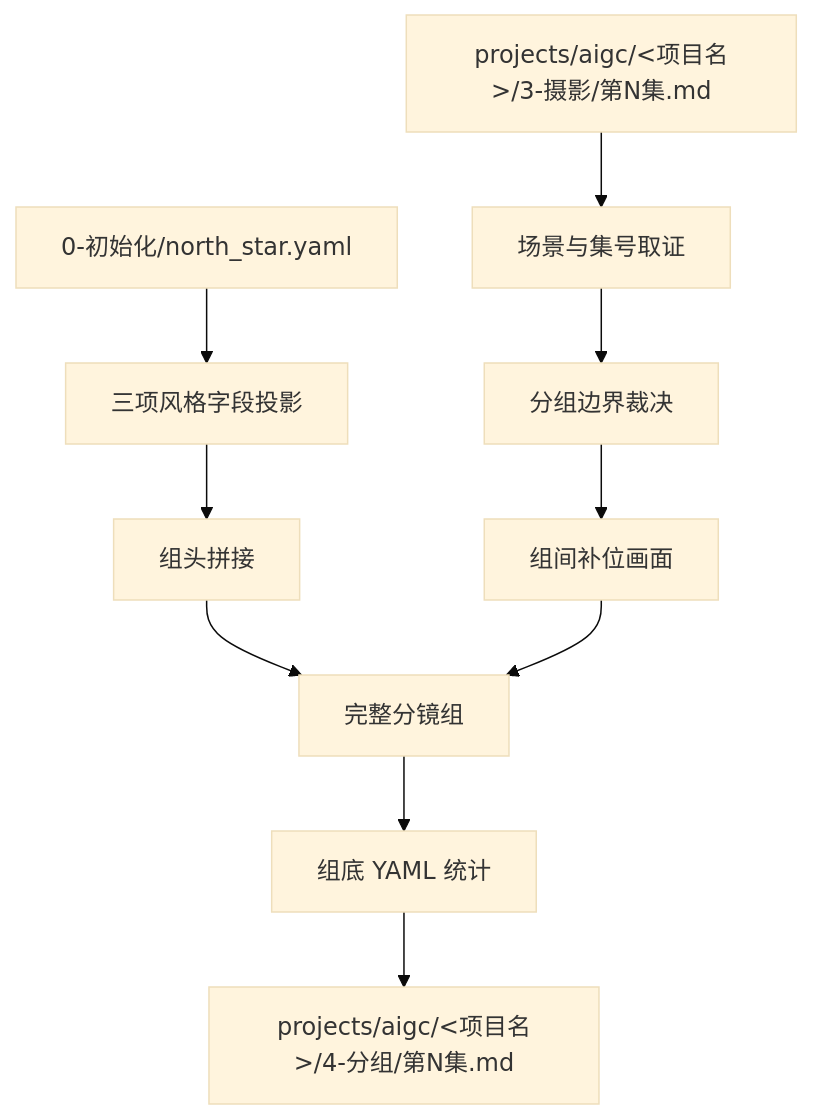
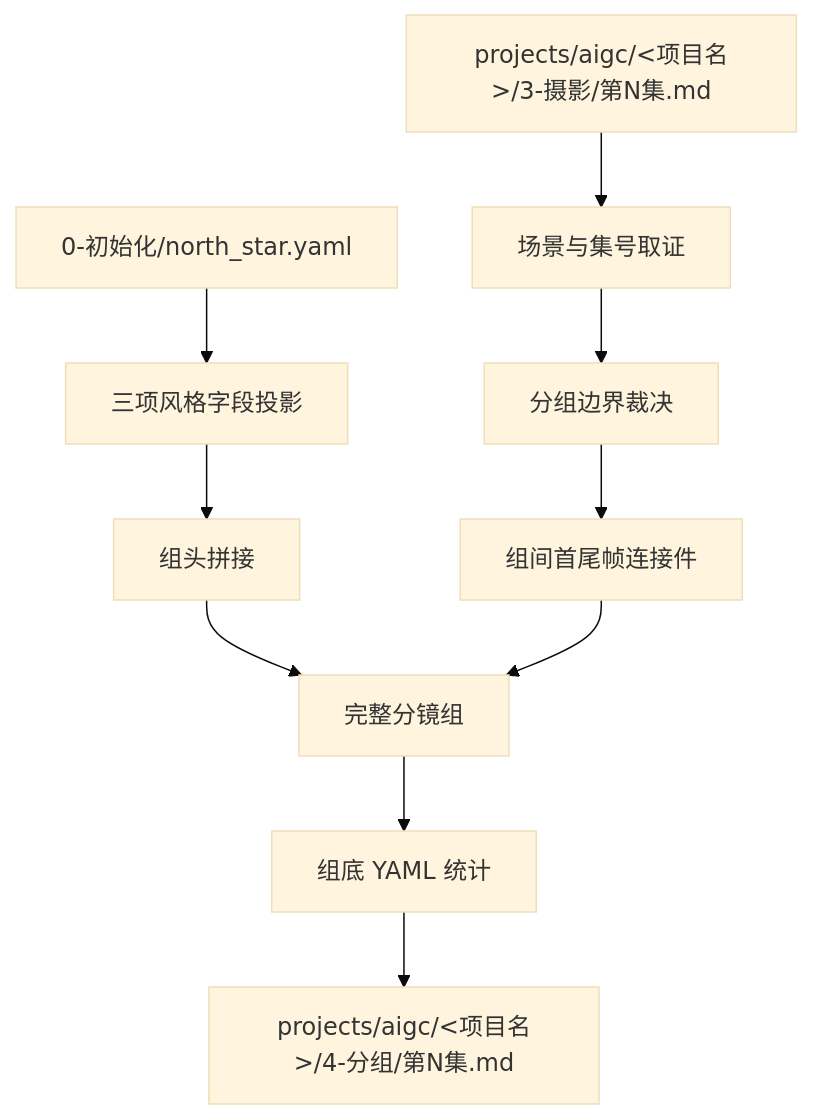
Before and after one commit to ZEN-VOID/AI-CUT: the first of 4 diagrams in .agents/skills/aigc/4-分组/SKILL.md, drawn with Mermaid (base theme). The commit also changed other lines of this file and 85 other files, not shown here.

````diff
--- a/.agents/skills/aigc/4-分组/SKILL.md
+++ b/.agents/skills/aigc/4-分组/SKILL.md
@@ -86,12 +86,12 @@
 ```mermaid
 flowchart TD
     A["projects/aigc/<项目名>/3-摄影/第N集.md"] --> B["场景与集号取证"]
     C["0-初始化/north_star.yaml"] --> D["三项风格字段投影"]
     B --> E["分组边界裁决"]
     D --> F["组头拼接"]
-    E --> G["组间补位画面"]
+    E --> G["组间首尾帧连接件"]
     F --> H["完整分镜组"]
     G --> H
     H --> I["组底 YAML 统计"]
     I --> J["projects/aigc/<项目名>/4-分组/第N集.md"]
 ```
````
